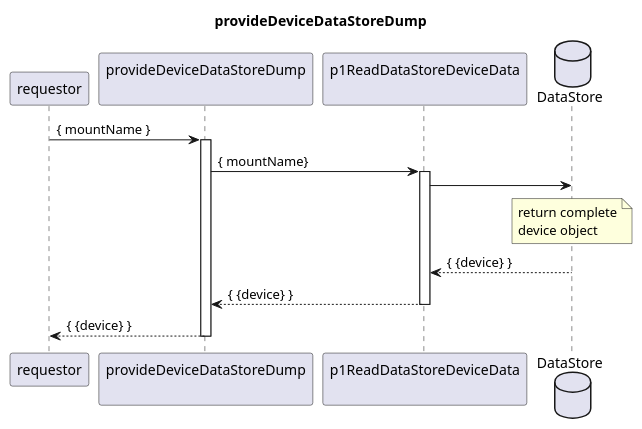
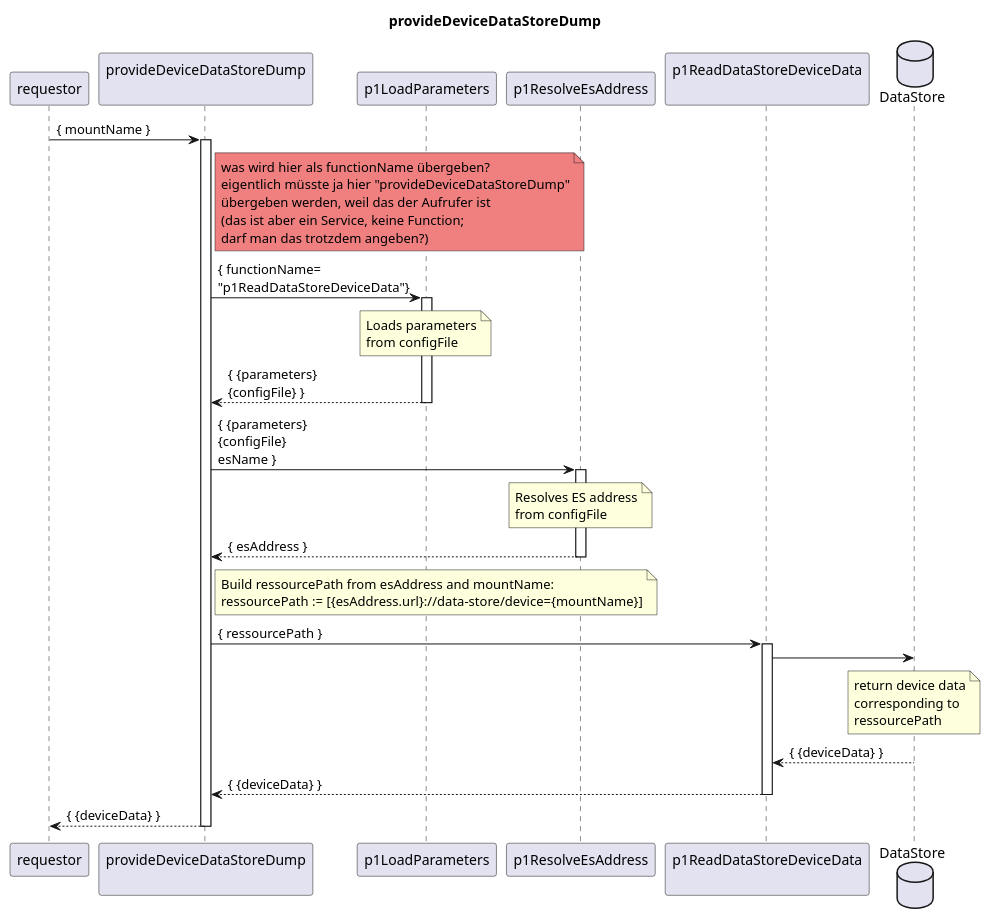
The diagram in spec/Services/provideDeviceDataStoreDump/provideDeviceDataStoreDump.plantuml (openBackhaul/DevicePerformanceManagementDataProcessor), drawn with PlantUML before and after one commit. The commit also changed 3 other files, not shown here.

Commit message:
dataDump diagram update

```diff
--- a/spec/Services/provideDeviceDataStoreDump/provideDeviceDataStoreDump.plantuml
+++ b/spec/Services/provideDeviceDataStoreDump/provideDeviceDataStoreDump.plantuml
@@ -1,34 +1,76 @@
 @startuml provideDeviceDataStoreDump
 skinparam responseMessageBelowArrequestorw true
 
 title
   provideDeviceDataStoreDump
 end title
 
 participant "requestor" as requestor
 participant "provideDeviceDataStoreDump\n" as cur
+participant "p1LoadParameters" as loadParams
+participant "p1ResolveEsAddress" as resolveEsAddress
 participant "p1ReadDataStoreDeviceData\n" as p1Read
 database "DataStore" as ds
 
 
 requestor -> cur: { mountName }
 activate cur
 
-  cur -> p1Read: { mountName}
+
+  ' get parameters
+  note right of cur #LightCoral
+    was wird hier als functionName übergeben?
+    eigentlich müsste ja hier "provideDeviceDataStoreDump"
+    übergeben werden, weil das der Aufrufer ist
+    (das ist aber ein Service, keine Function;
+    darf man das trotzdem angeben?)
+  end note
+
+  cur -> loadParams: { functionName=\n"p1ReadDataStoreDeviceData"}
+  activate loadParams
+
+    note over loadParams
+      Loads parameters
+      from configFile
+    end note
+    
+    cur <-- loadParams: { {parameters} \n{configFile} }
+  deactivate loadParams
+
+  ' get ES address
+  cur -> resolveEsAddress: { {parameters} \n{configFile} \nesName }
+  activate resolveEsAddress
+
+    note over resolveEsAddress
+      Resolves ES address
+      from configFile
+    end note
+    
+    cur <-- resolveEsAddress: { esAddress }
+  deactivate resolveEsAddress 
+
+  note right of cur
+    Build ressourcePath from esAddress and mountName:
+    ressourcePath := [{esAddress.url}://data-store/device={mountName}]
+  end note
+
+
+  cur -> p1Read: { ressourcePath }
   activate p1Read
 
     p1Read -> ds
       note over ds
-        return complete
-        device object
+        return device data
+        corresponding to
+        ressourcePath
       end note
-    p1Read <-- ds: { {device} }
+    p1Read <-- ds: { {deviceData} }
 
-    cur <-- p1Read: { {device} }
+    cur <-- p1Read: { {deviceData} }
 
   deactivate p1Read
 
-  requestor <-- cur: { {device} }
+  requestor <-- cur: { {deviceData} }
 deactivate cur
 
 @enduml
```
